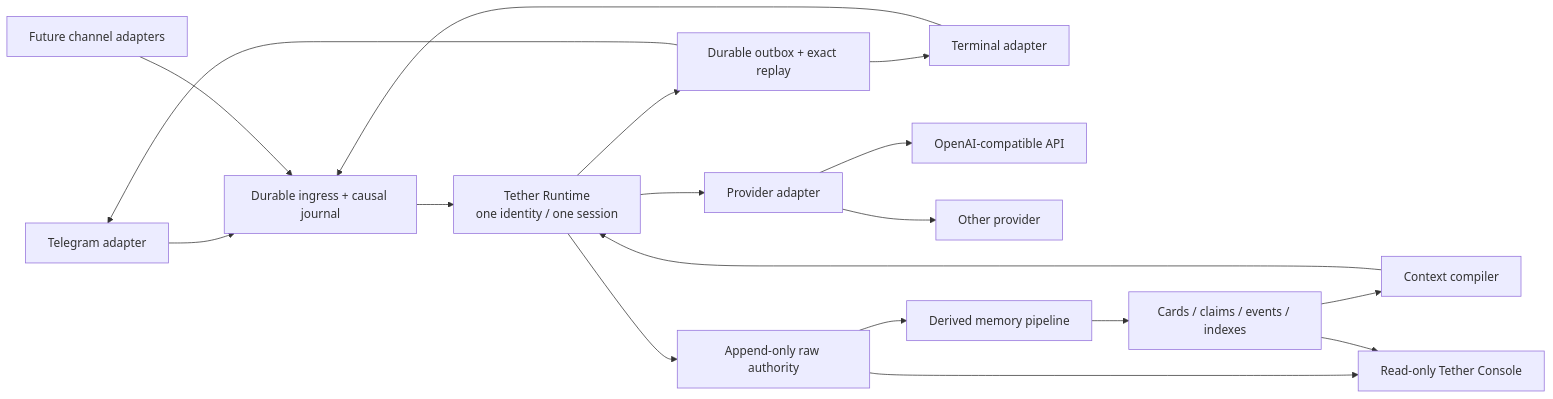
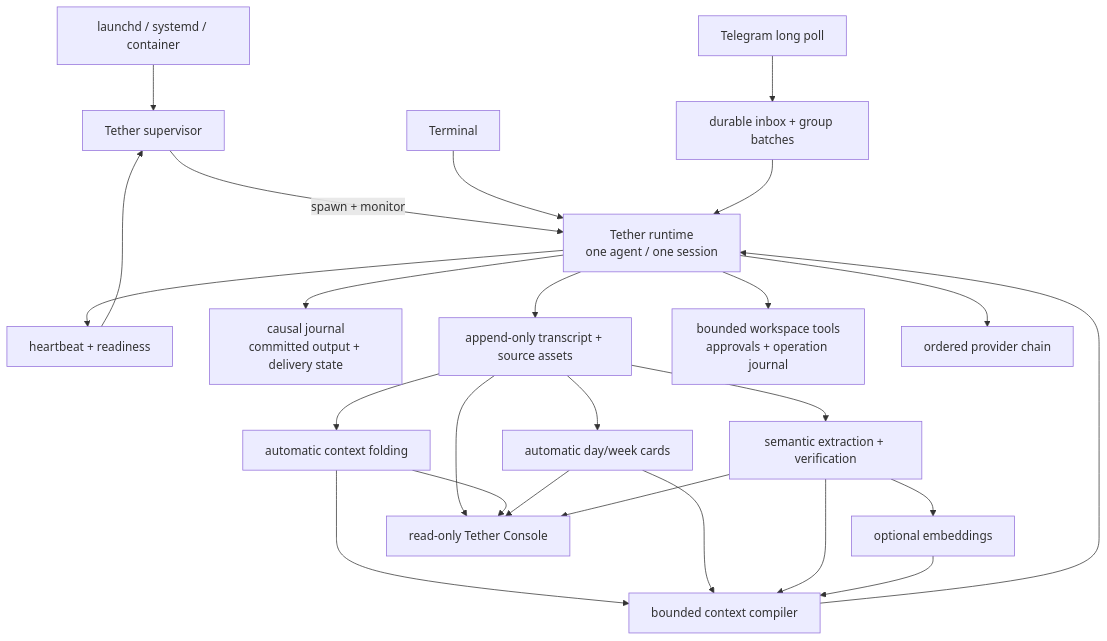
The diagram in ARCHITECTURE.md (SsssssSynqa/tether-agent-runtime), drawn with Mermaid before and after one commit. The commit also changed other lines of this file and 83 other files, not shown here.

First line of the commit message:
feat: complete Tether reference runtime (#12)

````diff
--- a/ARCHITECTURE.md
+++ b/ARCHITECTURE.md
@@ -13,20 +11,31 @@
 ```mermaid
-flowchart LR
-    TG["Telegram adapter"] --> IN["Durable ingress + causal journal"]
-    TERM["Terminal adapter"] --> IN
-    FUTURE["Future channel adapters"] --> IN
-    IN --> RT["Tether Runtime\none identity / one session"]
-    RT --> PA["Provider adapter"]
-    PA --> P1["OpenAI-compatible API"]
-    PA --> P2["Other provider"]
-    RT --> RAW["Append-only raw authority"]
-    RAW --> MEM["Derived memory pipeline"]
-    MEM --> CARDS["Cards / claims / events / indexes"]
-    CARDS --> COMP["Context compiler"]
-    COMP --> RT
-    RAW --> CONSOLE["Read-only Tether Console"]
-    CARDS --> CONSOLE
-    RT --> OUT["Durable outbox + exact replay"]
-    OUT --> TG
-    OUT --> TERM
+flowchart TB
+  HOST["launchd / systemd / container"] --> SUP["Tether supervisor"]
+  SUP -->|"spawn + monitor"| RT["Tether runtime\none agent / one session"]
+  RT --> HEALTH["heartbeat + readiness"]
+  HEALTH --> SUP
+
+  TERM["Terminal"] --> RT
+  TG["Telegram long poll"] --> DQ["durable inbox + group batches"]
+  DQ --> RT
+
+  RT --> CAUSAL["causal journal\ncommitted output + delivery state"]
+  RT --> RAW["append-only transcript + source assets"]
+  RT --> TOOLS["bounded workspace tools\napprovals + operation journal"]
+  RT --> PROVIDER["ordered provider chain"]
+
+  RAW --> FOLD["automatic context folding"]
+  RAW --> CARDS["automatic day/week cards"]
+  RAW --> SEM["semantic extraction + verification"]
+  SEM --> VECTOR["optional embeddings"]
+  FOLD --> COMPILE["bounded context compiler"]
+  CARDS --> COMPILE
+  SEM --> COMPILE
+  VECTOR --> COMPILE
+  COMPILE --> RT
+
+  RAW --> CONSOLE["read-only Tether Console"]
+  FOLD --> CONSOLE
+  CARDS --> CONSOLE
+  SEM --> CONSOLE
 ```
````
